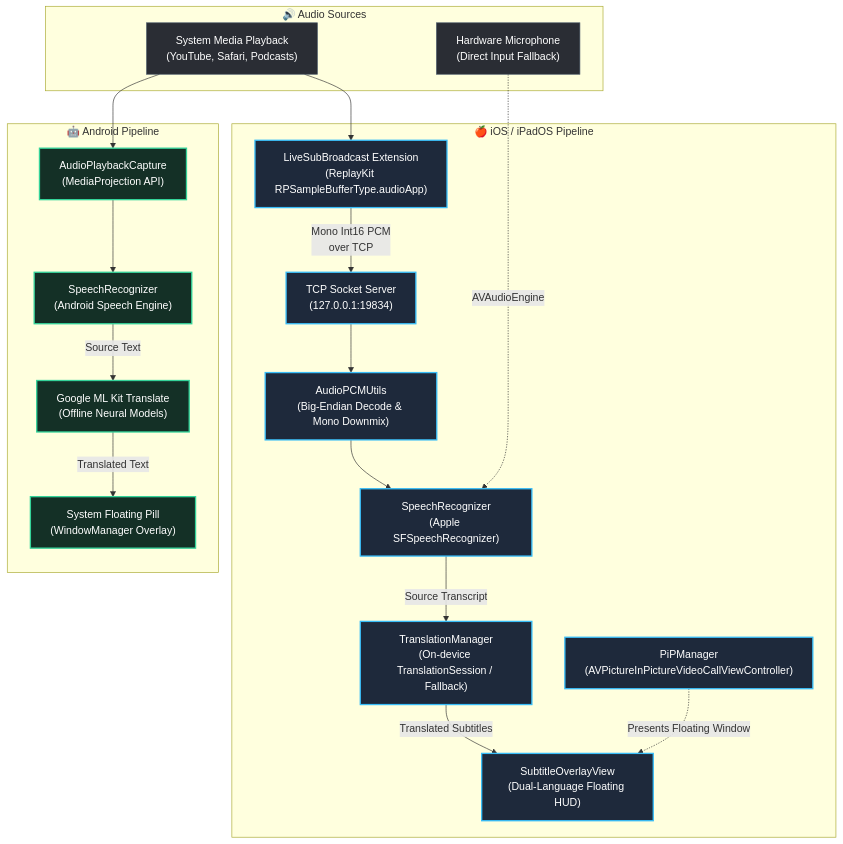
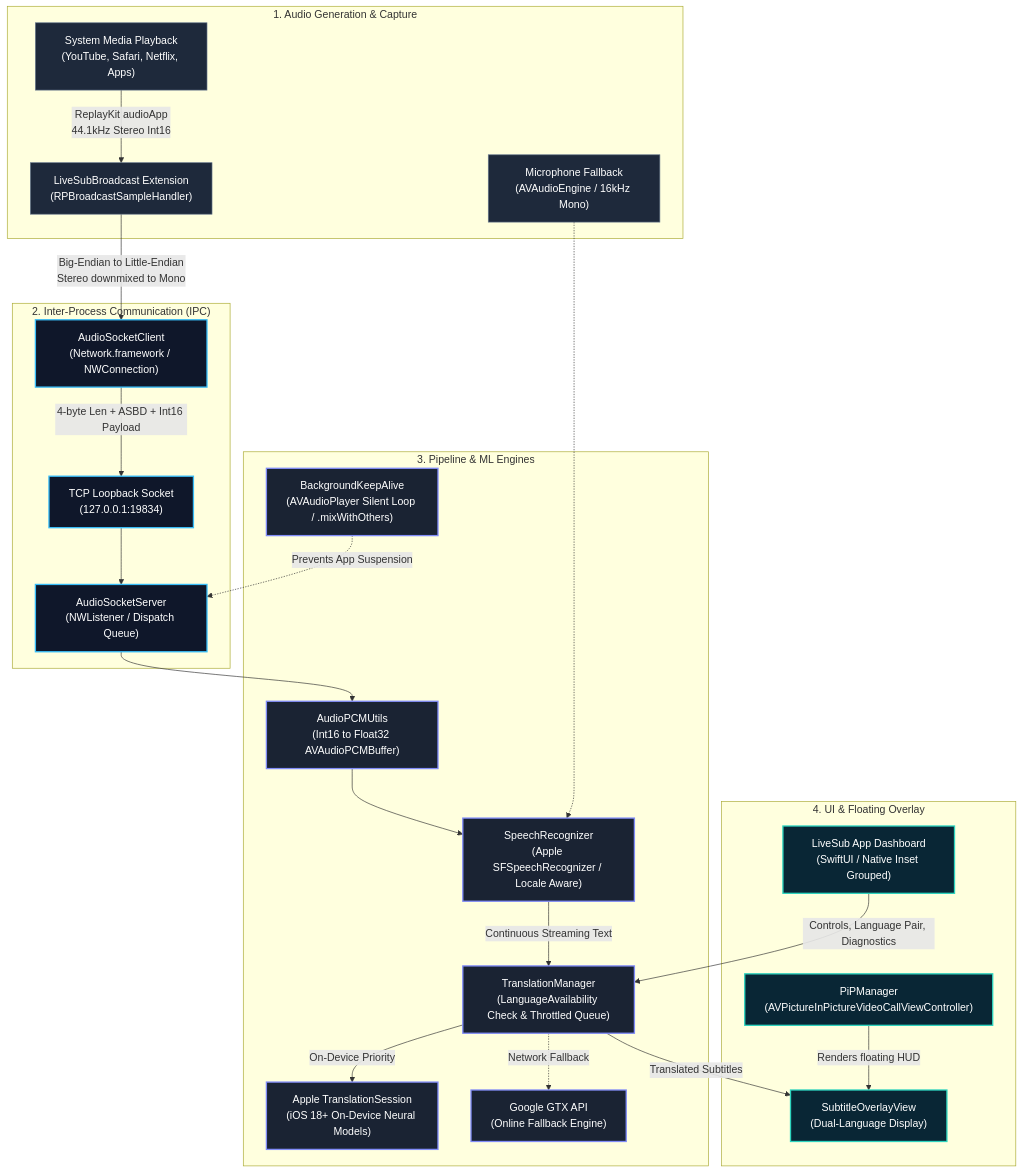
One commit to martinfou/close-caption changed the first of 2 diagrams in README.md. Above: the diagram before and after it, drawn with Mermaid. The commit also changed other lines of this file, not shown here.

Commit message:
docs: separate and detail iOS and Android architecture mermaid diagrams

````diff
--- a/README.md
+++ b/README.md
@@ -107,46 +115,55 @@
 ```mermaid
 flowchart TD
-    subgraph AudioSources["🔊 Audio Sources"]
-        Media["System Media Playback\n(YouTube, Safari, Podcasts)"]
-        Mic["Hardware Microphone\n(Direct Input Fallback)"]
+    subgraph MediaLayer["1. Audio Generation & Capture"]
+        Media["System Media Playback\n(YouTube, Safari, Netflix, Apps)"]
+        Mic["Microphone Fallback\n(AVAudioEngine / 16kHz Mono)"]
+        Ext["LiveSubBroadcast Extension\n(RPBroadcastSampleHandler)"]
+        Media -->|"ReplayKit audioApp\n44.1kHz Stereo Int16"| Ext
     end
 
-    subgraph iOSPipeline["🍎 iOS / iPadOS Pipeline"]
-        Ext["LiveSubBroadcast Extension\n(ReplayKit RPSampleBufferType.audioApp)"]
-        TCP["TCP Socket Server\n(127.0.0.1:19834)"]
-        PCM["AudioPCMUtils\n(Big-Endian Decode & Mono Downmix)"]
-        Speech["SpeechRecognizer\n(Apple SFSpeechRecognizer)"]
-        Trans["TranslationManager\n(On-device TranslationSession / Fallback)"]
-        PiP["PiPManager\n(AVPictureInPictureVideoCallViewController)"]
-        Overlay["SubtitleOverlayView\n(Dual-Language Floating HUD)"]
-
-        Media --> Ext
-        Ext -->|"Mono Int16 PCM\nover TCP"| TCP
-        TCP --> PCM
-        PCM --> Speech
-        Mic -.->|"AVAudioEngine"| Speech
-        Speech -->|"Source Transcript"| Trans
-        Trans -->|"Translated Subtitles"| Overlay
-        PiP -.->|"Presents Floating Window"| Overlay
+    subgraph IPCLayer["2. Inter-Process Communication (IPC)"]
+        ExtClient["AudioSocketClient\n(Network.framework / NWConnection)"]
+        TCP["TCP Loopback Socket\n(127.0.0.1:19834)"]
+        AppServer["AudioSocketServer\n(NWListener / Dispatch Queue)"]
+        
+        Ext -->|"Big-Endian to Little-Endian\nStereo downmixed to Mono"| ExtClient
+        ExtClient -->|"4-byte Len + ASBD + Int16 Payload"| TCP
+        TCP --> AppServer
     end
 
-    subgraph AndroidPipeline["🤖 Android Pipeline"]
-        Capture["AudioPlaybackCapture\n(MediaProjection API)"]
-        ASR["SpeechRecognizer\n(Android Speech Engine)"]
-        MLKit["Google ML Kit Translate\n(Offline Neural Models)"]
-        HUD["System Floating Pill\n(WindowManager Overlay)"]
+    subgraph ProcessingLayer["3. Pipeline & ML Engines"]
+        PCMUtils["AudioPCMUtils\n(Int16 to Float32 AVAudioPCMBuffer)"]
+        ASR["SpeechRecognizer\n(Apple SFSpeechRecognizer / Locale Aware)"]
+        KeepAlive["BackgroundKeepAlive\n(AVAudioPlayer Silent Loop / .mixWithOthers)"]
+        TransMgr["TranslationManager\n(LanguageAvailability Check & Throttled Queue)"]
+        AppleTrans["Apple TranslationSession\n(iOS 18+ On-Device Neural Models)"]
+        OnlineFallback["Google GTX API\n(Online Fallback Engine)"]
 
-        Media --> Capture
-        Capture --> ASR
-        ASR -->|"Source Text"| MLKit
-        MLKit -->|"Translated Text"| HUD
+        AppServer --> PCMUtils
+        PCMUtils --> ASR
+        Mic -.-> ASR
+        KeepAlive -.->|"Prevents App Suspension"| AppServer
+        ASR -->|"Continuous Streaming Text"| TransMgr
+        TransMgr -->|"On-Device Priority"| AppleTrans
+        TransMgr -.->|"Network Fallback"| OnlineFallback
     end
 
-    classDef source fill:#2A2D34,stroke:#4E5D6C,stroke-width:1px,color:#fff;
-    classDef ios fill:#1E293B,stroke:#38BDF8,stroke-width:2px,color:#fff;
-    classDef android fill:#143026,stroke:#34D399,stroke-width:2px,color:#fff;
+    subgraph PresentationLayer["4. UI & Floating Overlay"]
+        TransMgr -->|"Translated Subtitles"| SubtitleOverlay["SubtitleOverlayView\n(Dual-Language Display)"]
+        PiPMgr["PiPManager\n(AVPictureInPictureVideoCallViewController)"]
+        MainUI["LiveSub App Dashboard\n(SwiftUI / Native Inset Grouped)"]
 
-    class Media,Mic source;
-    class Ext,TCP,PCM,Speech,Trans,PiP,Overlay ios;
-    class Capture,ASR,MLKit,HUD android;
+        PiPMgr -->|"Renders floating HUD"| SubtitleOverlay
+        MainUI -->|"Controls, Language Pair, Diagnostics"| TransMgr
+    end
+
+    classDef media fill:#1E293B,stroke:#64748B,stroke-width:1px,color:#fff;
+    classDef ipc fill:#0F172A,stroke:#38BDF8,stroke-width:2px,color:#fff;
+    classDef engine fill:#1A2333,stroke:#818CF8,stroke-width:2px,color:#fff;
+    classDef ui fill:#092635,stroke:#2DD4BF,stroke-width:2px,color:#fff;
+
+    class Media,Mic,Ext media;
+    class ExtClient,TCP,AppServer ipc;
+    class PCMUtils,ASR,KeepAlive,TransMgr,AppleTrans,OnlineFallback engine;
+    class SubtitleOverlay,PiPMgr,MainUI ui;
 ```
````
